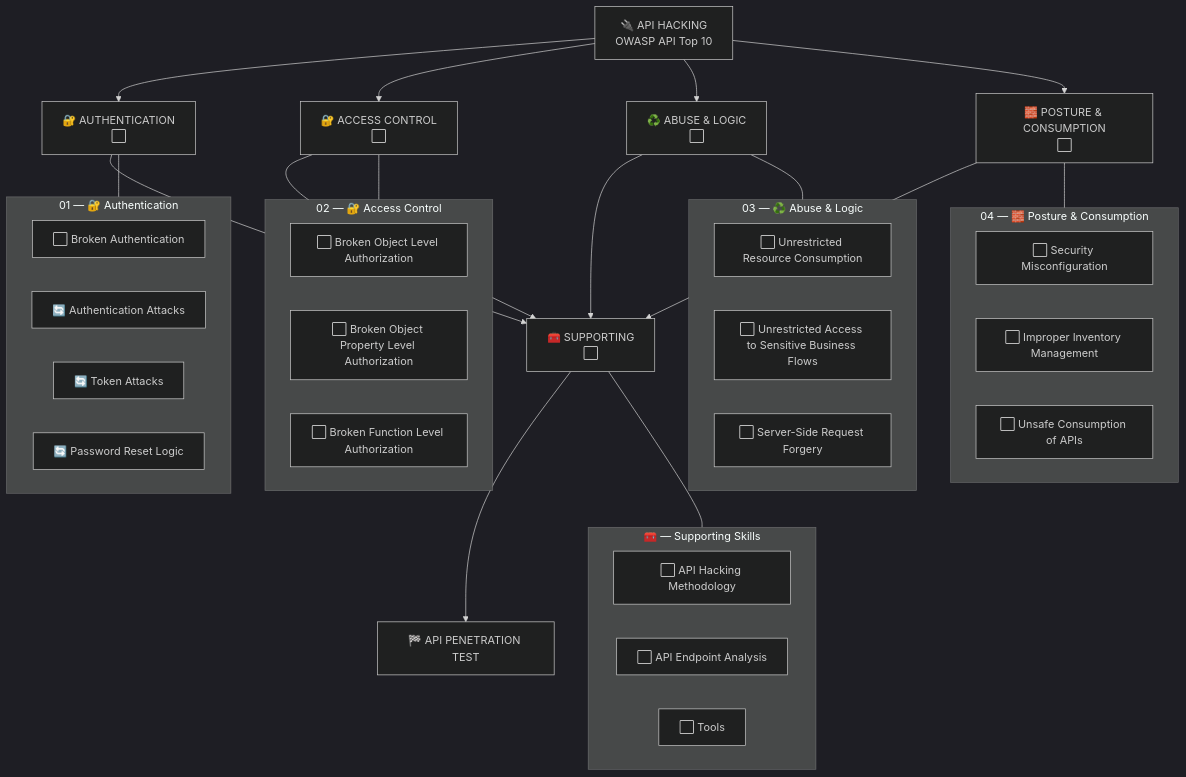
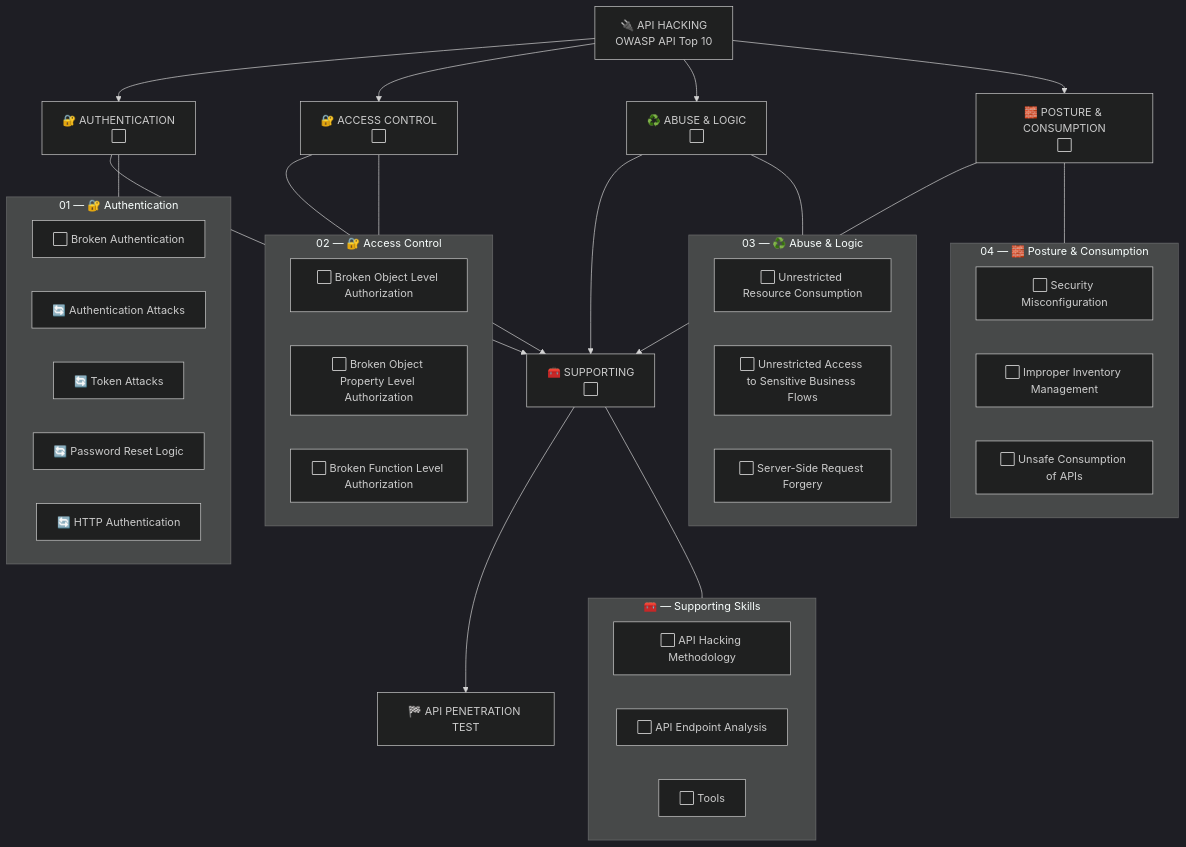
Before and after one commit to romeo-mhakayakora/API-Hacking: the diagram in README.md, drawn with Mermaid (dark theme). The commit also changed other lines of this file and 2 other files, not shown here.

Commit message:
Add HTTP Authentication notes (Basic Auth + modern protocols) to Authentication domain

````diff
--- a/README.md
+++ b/README.md
@@ -15,63 +15,65 @@
 ```mermaid
 flowchart TB
     API["🔌 API HACKING<br/>OWASP API Top 10"]
     D1["🔐 AUTHENTICATION<br/>⬜"]
     D2["🔐 ACCESS CONTROL<br/>⬜"]
     D3["♻️ ABUSE & LOGIC<br/>⬜"]
     D4["🧱 POSTURE & CONSUMPTION<br/>⬜"]
     SUP["🧰 SUPPORTING<br/>⬜"]
     PENT["🏁 API PENETRATION TEST"]
 
     API --> D1 & D2 & D3 & D4
     D1 & D2 & D3 & D4 --> SUP --> PENT
 
     subgraph 01_AUTHENTICATION ["01 — 🔐 Authentication"]
         BA["⬜ Broken Authentication"]
         AA["🔄 Authentication Attacks"]
         TA["🔄 Token Attacks"]
         PRL["🔄 Password Reset Logic"]
+        HTTP["🔄 HTTP Authentication"]
     end
     subgraph 02_ACCESS_CONTROL ["02 — 🔐 Access Control"]
         BOLA["⬜ Broken Object Level Authorization"]
         BOPLA["⬜ Broken Object Property Level Authorization"]
         BFLA["⬜ Broken Function Level Authorization"]
     end
     subgraph 03_ABUSE_LOGIC ["03 — ♻️ Abuse & Logic"]
         URC["⬜ Unrestricted Resource Consumption"]
         UBF["⬜ Unrestricted Access to Sensitive Business Flows"]
         S["⬜ Server-Side Request Forgery"]
     end
     subgraph 04_POSTURE_CONSUMPTION ["04 — 🧱 Posture & Consumption"]
         SM["⬜ Security Misconfiguration"]
         IIM["⬜ Improper Inventory Management"]
         UAC["⬜ Unsafe Consumption of APIs"]
     end
     subgraph SUPPORTING ["🧰 — Supporting Skills"]
         MET["⬜ API Hacking Methodology"]
         EPA["⬜ API Endpoint Analysis"]
         TLS["⬜ Tools"]
     end
 
     D1 --- 01_AUTHENTICATION
     D2 --- 02_ACCESS_CONTROL
     D3 --- 03_ABUSE_LOGIC
     D4 --- 04_POSTURE_CONSUMPTION
     SUP --- SUPPORTING
 
     click BA href "./01-authentication/broken-authentication.md"
     click AA href "./01-authentication/authentication-attacks.md"
     click TA href "./01-authentication/token-attacks.md"
     click PRL href "./01-authentication/password-reset-logic.md"
+    click HTTP href "./01-authentication/http-authentication.md"
     click BOLA href "./02-access-control/bola.md"
     click BOPLA href "./02-access-control/bopla.md"
     click BFLA href "./02-access-control/bfla.md"
     click URC href "./03-abuse-logic/unrestricted-resource-consumption.md"
     click UBF href "./03-abuse-logic/unrestricted-business-flow.md"
     click S href "./03-abuse-logic/ssrf.md"
     click SM href "./04-posture-consumption/security-misconfiguration.md"
     click IIM href "./04-posture-consumption/improper-inventory-management.md"
     click UAC href "./04-posture-consumption/unsafe-api-consumption.md"
     click MET href "./supporting/01-api-methodology.md"
     click EPA href "./supporting/02-api-endpoint-analysis.md"
     click TLS href "./supporting/03-tools.md"
 ```
````
